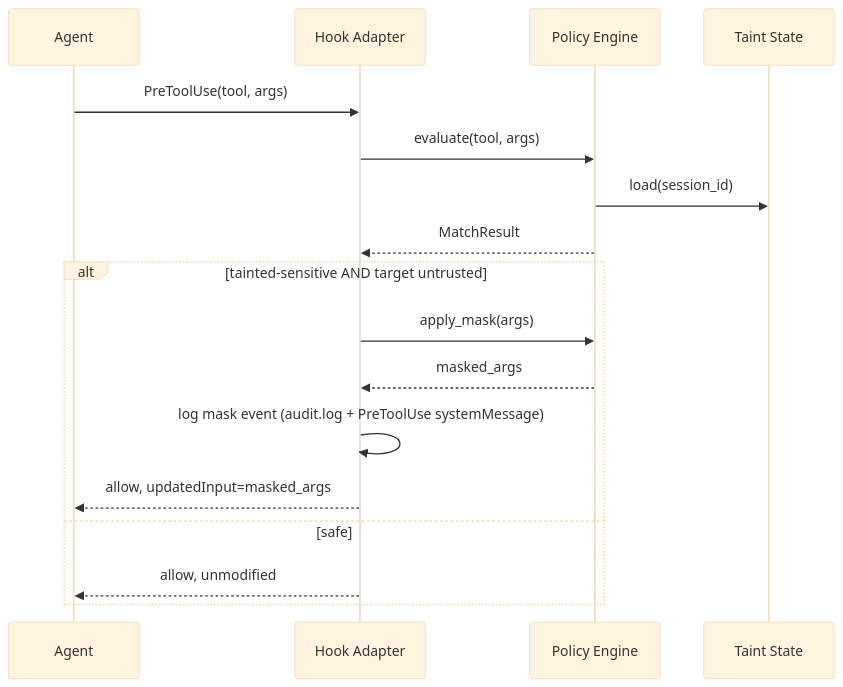
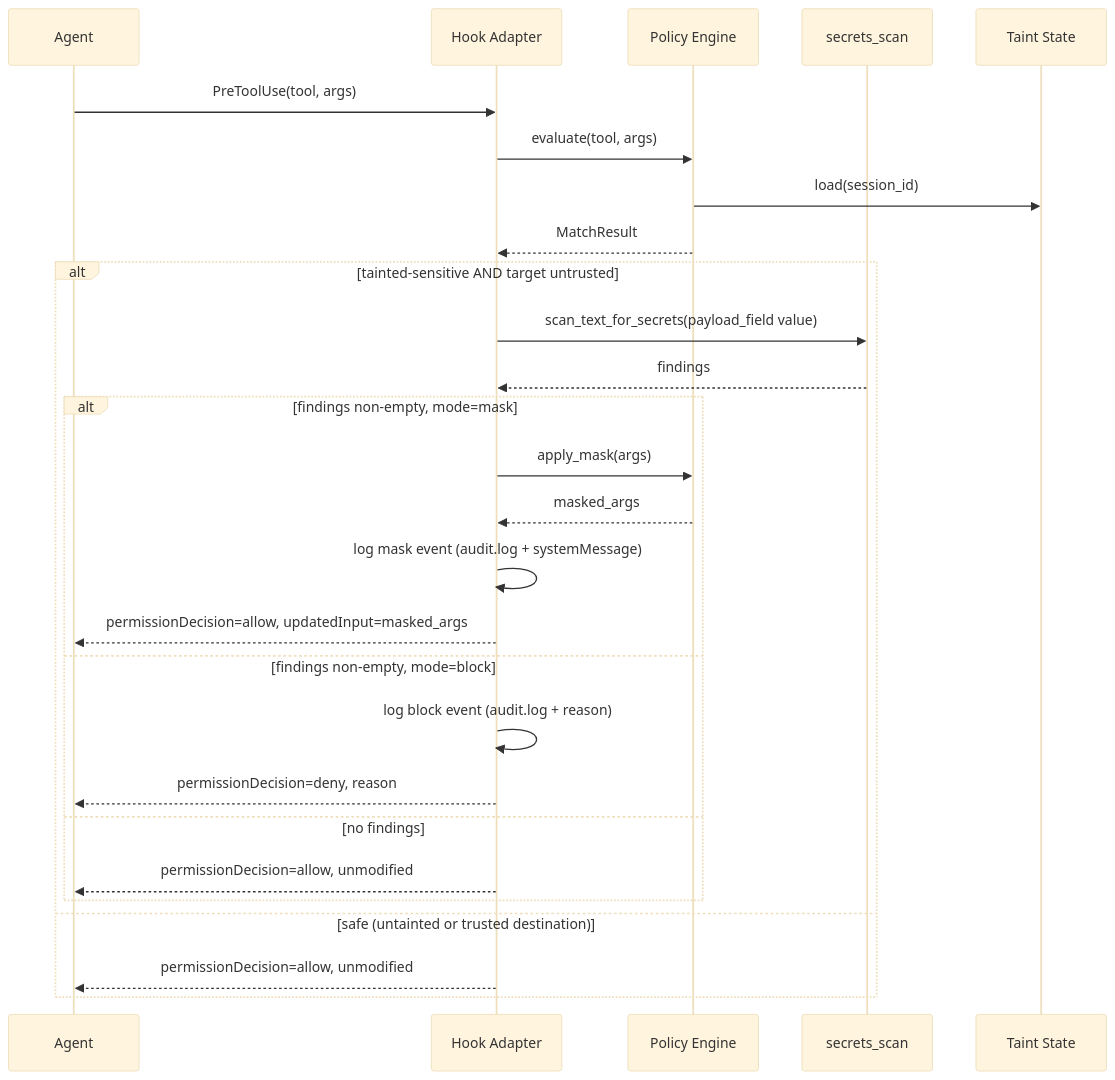
The third of 4 diagrams in docs/ARCHITECTURE.md (drusifer/Scalene), drawn with Mermaid (base theme) before and after one commit. The commit also changed other lines of this file and 49 other files, not shown here.

````diff
--- a/docs/ARCHITECTURE.md
+++ b/docs/ARCHITECTURE.md
@@ -94,19 +103,29 @@
 ```mermaid
 sequenceDiagram
     participant Agent
     participant Adapter as Hook Adapter
     participant Engine as Policy Engine
+    participant Scan as secrets_scan
     participant State as Taint State
     Agent->>Adapter: PreToolUse(tool, args)
     Adapter->>Engine: evaluate(tool, args)
     Engine->>State: load(session_id)
     Engine-->>Adapter: MatchResult
     alt tainted-sensitive AND target untrusted
-        Adapter->>Engine: apply_mask(args)
-        Engine-->>Adapter: masked_args
-        Adapter->>Adapter: log mask event (audit.log + PreToolUse systemMessage)
-        Adapter-->>Agent: allow, updatedInput=masked_args
-    else safe
-        Adapter-->>Agent: allow, unmodified
+        Adapter->>Scan: scan_text_for_secrets(payload_field value)
+        Scan-->>Adapter: findings
+        alt findings non-empty, mode=mask
+            Adapter->>Engine: apply_mask(args)
+            Engine-->>Adapter: masked_args
+            Adapter->>Adapter: log mask event (audit.log + systemMessage)
+            Adapter-->>Agent: permissionDecision=allow, updatedInput=masked_args
+        else findings non-empty, mode=block
+            Adapter->>Adapter: log block event (audit.log + reason)
+            Adapter-->>Agent: permissionDecision=deny, reason
+        else no findings
+            Adapter-->>Agent: permissionDecision=allow, unmodified
+        end
+    else safe (untainted or trusted destination)
+        Adapter-->>Agent: permissionDecision=allow, unmodified
     end
 ```
````
